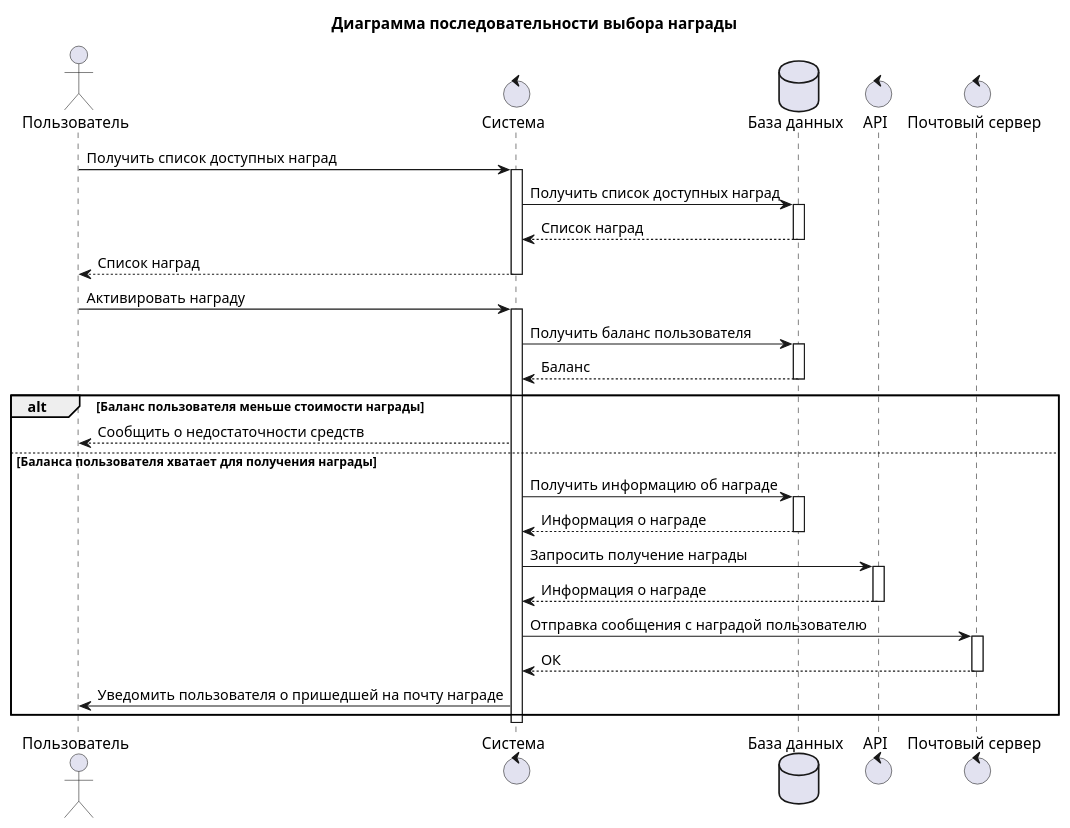
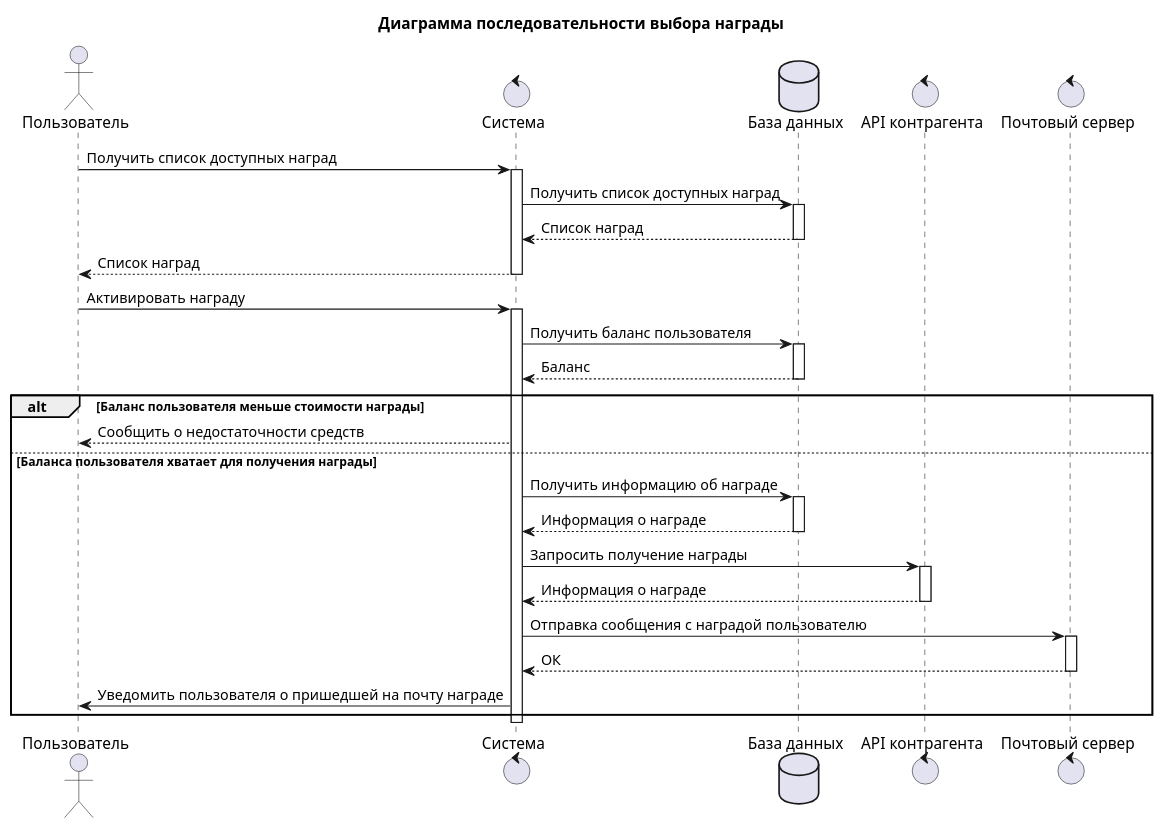
One commit to RetteraDev/Diploma changed the diagram in graphs/Диаграммы последовательности/Выбрать награду.puml. Above: the diagram before and after it, drawn with PlantUML. The commit also changed 12 other files, not shown here.

```diff
--- a/graphs/Диаграммы последовательности/Выбрать награду.puml
+++ b/graphs/Диаграммы последовательности/Выбрать награду.puml
@@ -1,51 +1,51 @@
 @startuml
 title Диаграмма последовательности выбора награды
 
 actor "Пользователь" as User
 control "Система" as System
 database "База данных" as DB
-control "API" as API
+control "API контрагента" as API
 control "Почтовый сервер" as Post
 
 User -> System: Получить список доступных наград
 activate System
 System -> DB: Получить список доступных наград
 activate DB
 DB --> System: Список наград
 deactivate DB
 System --> User: Список наград
 deactivate System
 
 User -> System: Активировать награду
 activate System
 System -> DB: Получить баланс пользователя
 activate DB
 DB --> System: Баланс
 deactivate DB
 
 alt Баланс пользователя меньше стоимости награды
 System --> User: Сообщить о недостаточности средств
 
 else Баланса пользователя хватает для получения награды
 System -> DB: Получить информацию об награде
 activate DB
 DB --> System: Информация о награде
 deactivate DB
 
 System -> API: Запросить получение награды
 activate API
 API --> System: Информация о награде
 deactivate API
 
 System -> Post: Отправка сообщения с наградой пользователю
 activate Post
 Post--> System: ОК
 deactivate Post
 
 System -> User: Уведомить пользователя о пришедшей на почту награде
 
 end
 
 deactivate System
 
 @enduml
```
